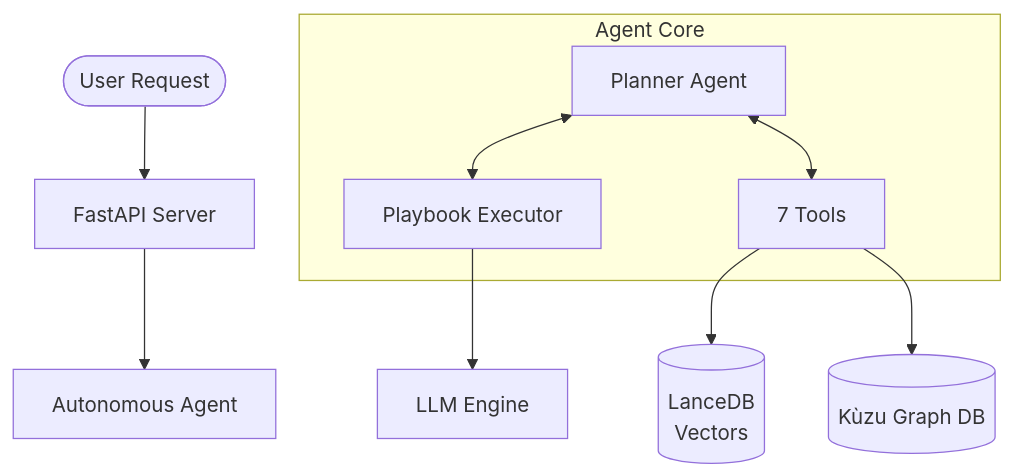
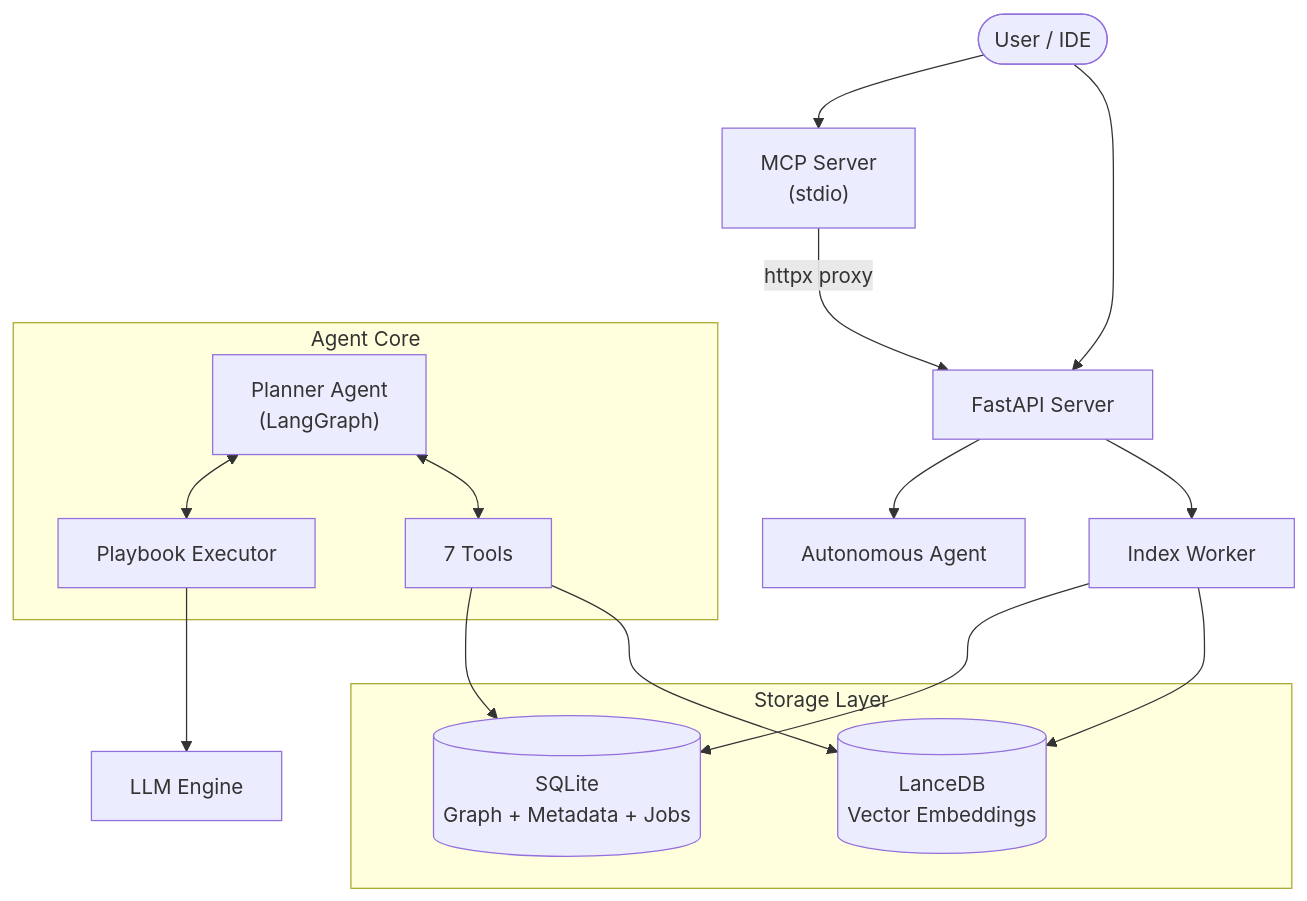
One commit to roshinpv1/cmind changed the diagram in README.md. Above: the diagram before and after it, drawn with Mermaid. The commit also changed other lines of this file and 56 other files, not shown here.

````diff
--- a/README.md
+++ b/README.md
@@ -121,15 +169,25 @@
 ```mermaid
 graph TD
-    User([User Request]) --> API[FastAPI Server]
+    User([User / IDE]) --> MCP["MCP Server<br/>(stdio)"]
+    User --> API[FastAPI Server]
+    MCP -->|httpx proxy| API
     API --> Agent[Autonomous Agent]
+    API --> Worker[Index Worker]
     
     subgraph "Agent Core"
-        Planner["Planner Agent"] <--> Executor[Playbook Executor]
+        Planner["Planner Agent<br/>(LangGraph)"] <--> Executor[Playbook Executor]
         Planner <--> Tools["7 Tools"]
     end
     
-    Tools --> LanceDB[("LanceDB<br/>Vectors")]
-    Tools --> Kuzu[("Kùzu Graph DB")]
+    subgraph "Storage Layer"
+        SQLite[("SQLite<br/>Graph + Metadata + Jobs")]
+        LanceDB[("LanceDB<br/>Vector Embeddings")]
+    end
+    
+    Tools --> SQLite
+    Tools --> LanceDB
+    Worker --> SQLite
+    Worker --> LanceDB
     
     Executor --> LLM[LLM Engine]
 ```
````
